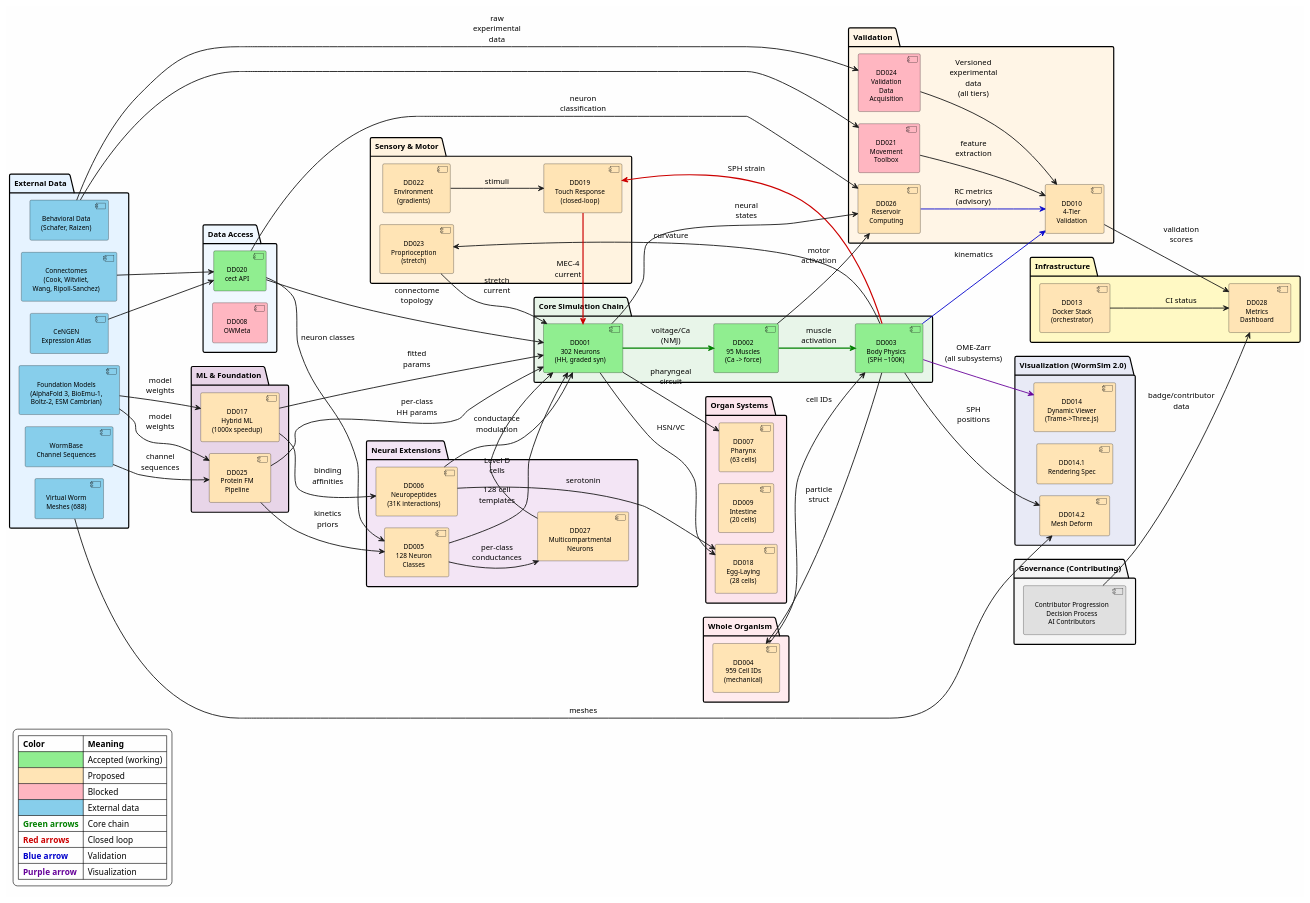
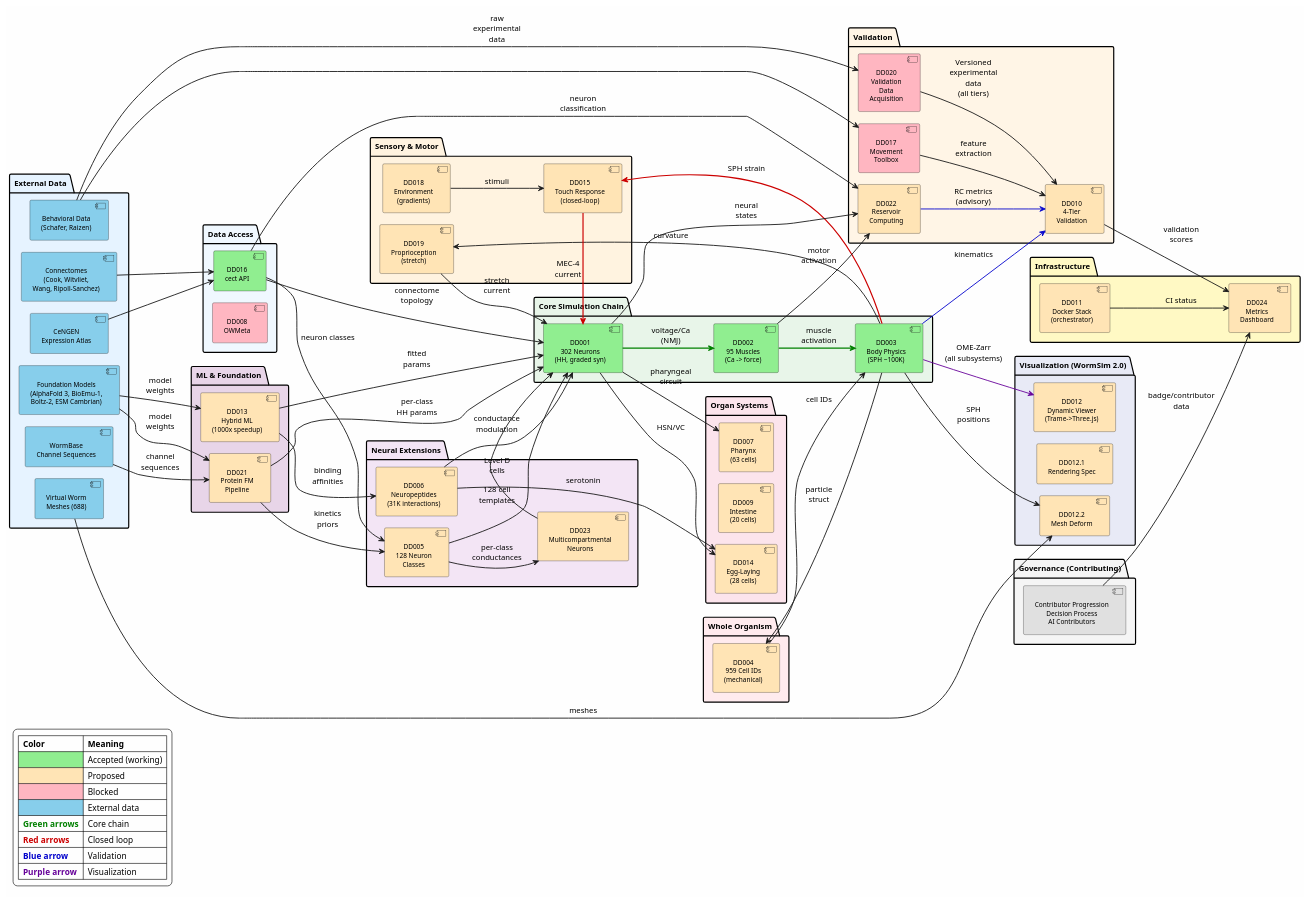
The diagram in docs/design_documents/INTEGRATION_MAP.md (openworm/openworm_docs), drawn with PlantUML before and after one commit. The commit also changed other lines of this file and 72 other files, not shown here.

```diff
--- a/docs/design_documents/INTEGRATION_MAP.md
+++ b/docs/design_documents/INTEGRATION_MAP.md
@@ -73,21 +73,21 @@
 
 ' === DATA ACCESS ===
 package "Data Access" as databox #F0F8FF {
-  component "DD020\ncect API" as DD020 #90EE90
+  component "DD016\ncect API" as DD016 #90EE90
   component "DD008\nOWMeta" as DD008 #FFB6C1
 }
 
 ' === ML & FOUNDATION (feeds into Neural Extensions and Core) ===
 package "ML & Foundation" as mlbox #E8D5E8 {
-  component "DD025\nProtein FM\nPipeline" as DD025 #FFE4B5
-  component "DD017\nHybrid ML\n(1000x speedup)" as DD017 #FFE4B5
+  component "DD021\nProtein FM\nPipeline" as DD021 #FFE4B5
+  component "DD013\nHybrid ML\n(1000x speedup)" as DD013 #FFE4B5
 }
 
 ' === NEURAL EXTENSIONS (feeds into Core) ===
 package "Neural Extensions" as neurext #F3E5F5 {
   component "DD005\n128 Neuron\nClasses" as DD005 #FFE4B5
   component "DD006\nNeuropeptides\n(31K interactions)" as DD006 #FFE4B5
-  component "DD027\nMulticompartmental\nNeurons" as DD027 #FFE4B5
+  component "DD023\nMulticompartmental\nNeurons" as DD023 #FFE4B5
 }
 
 ' === CORE CHAIN (the spine) ===
@@ -99,16 +99,16 @@
 
 ' === SENSORY & MOTOR ===
 package "Sensory & Motor" as sensory #FFF3E0 {
-  component "DD019\nTouch Response\n(closed-loop)" as DD019 #FFE4B5
-  component "DD022\nEnvironment\n(gradients)" as DD022 #FFE4B5
-  component "DD023\nProprioception\n(stretch)" as DD023 #FFE4B5
+  component "DD015\nTouch Response\n(closed-loop)" as DD015 #FFE4B5
+  component "DD018\nEnvironment\n(gradients)" as DD018 #FFE4B5
+  component "DD019\nProprioception\n(stretch)" as DD019 #FFE4B5
 }
 
 ' === ORGANS ===
 package "Organ Systems" as organs #FCE4EC {
   component "DD007\nPharynx\n(63 cells)" as DD007 #FFE4B5
   component "DD009\nIntestine\n(20 cells)" as DD009 #FFE4B5
-  component "DD018\nEgg-Laying\n(28 cells)" as DD018 #FFE4B5
+  component "DD014\nEgg-Laying\n(28 cells)" as DD014 #FFE4B5
 }
 
 ' === WHOLE-ORGANISM CELL IDENTITY ===
@@ -119,22 +119,22 @@
 ' === VALIDATION ===
 package "Validation" as valbox #FFF5E6 {
   component "DD010\n4-Tier\nValidation" as DD010 #FFE4B5
-  component "DD021\nMovement\nToolbox" as DD021 #FFB6C1
-  component "DD024\nValidation\nData\nAcquisition" as DD024 #FFB6C1
-  component "DD026\nReservoir\nComputing" as DD026 #FFE4B5
+  component "DD017\nMovement\nToolbox" as DD017 #FFB6C1
+  component "DD020\nValidation\nData\nAcquisition" as DD020 #FFB6C1
+  component "DD022\nReservoir\nComputing" as DD022 #FFE4B5
 }
 
 ' === VISUALIZATION ===
 package "Visualization (WormSim 2.0)" as visbox #E8EAF6 {
-  component "DD014\nDynamic Viewer\n(Trame->Three.js)" as DD014 #FFE4B5
-  component "DD014.1\nRendering Spec" as DD0141 #FFE4B5
-  component "DD014.2\nMesh Deform" as DD0142 #FFE4B5
+  component "DD012\nDynamic Viewer\n(Trame->Three.js)" as DD012 #FFE4B5
+  component "DD012.1\nRendering Spec" as DD0121 #FFE4B5
+  component "DD012.2\nMesh Deform" as DD0122 #FFE4B5
 }
 
 ' === INFRASTRUCTURE ===
 package "Infrastructure" as infra #FFF9C4 {
-  component "DD013\nDocker Stack\n(orchestrator)" as DD013 #FFE4B5
-  component "DD028\nMetrics\nDashboard" as DD028 #FFE4B5
+  component "DD011\nDocker Stack\n(orchestrator)" as DD011 #FFE4B5
+  component "DD024\nMetrics\nDashboard" as DD024 #FFE4B5
 }
 
 ' === GOVERNANCE (Contributing section) ===
@@ -145,51 +145,51 @@
 ' === EDGES ===
 
 ' External -> Data Access
-ext_conn --> DD020
-ext_cen --> DD020
-ext_beh --> DD024 : raw\nexperimental\ndata
-ext_beh --> DD021
+ext_conn --> DD016
+ext_cen --> DD016
+ext_beh --> DD020 : raw\nexperimental\ndata
+ext_beh --> DD017
 
 ' External -> ML & Foundation
-ext_bio --> DD025 : model\nweights
-ext_bio --> DD017 : model\nweights
-ext_wb --> DD025 : channel\nsequences
+ext_bio --> DD021 : model\nweights
+ext_bio --> DD013 : model\nweights
+ext_wb --> DD021 : channel\nsequences
 
 ' Data Access -> Core / Neural Extensions
-DD020 --> DD001 : connectome\ntopology
-DD020 --> DD005 : neuron classes
+DD016 --> DD001 : connectome\ntopology
+DD016 --> DD005 : neuron classes
 
 ' ML -> Neural Extensions / Core (FORWARD in this layout)
-DD025 --> DD005 : kinetics\npriors
-DD025 --> DD001 : per-class\nHH params
-DD017 --> DD001 : fitted\nparams
-DD017 --> DD006 : binding\naffinities
+DD021 --> DD005 : kinetics\npriors
+DD021 --> DD001 : per-class\nHH params
+DD013 --> DD001 : fitted\nparams
+DD013 --> DD006 : binding\naffinities
 
 ' Neural Extensions -> Core (FORWARD in this layout)
 DD005 --> DD001 : 128 cell\ntemplates
 DD006 --> DD001 : conductance\nmodulation
 
-' DD027 Multicompartmental (refines DD001 neurons)
-DD005 --> DD027 : per-class\nconductances
-DD027 --> DD001 : Level D\ncells
+' DD023 Multicompartmental (refines DD001 neurons)
+DD005 --> DD023 : per-class\nconductances
+DD023 --> DD001 : Level D\ncells
 
 ' Core chain (THE SPINE)
 DD001 -[#008000,bold]-> DD002 : voltage/Ca\n(NMJ)
 DD002 -[#008000,bold]-> DD003 : muscle\nactivation
 
 ' Core -> Sensory & Motor
-DD003 -[#CC0000,bold]-> DD019 : SPH strain
-DD022 --> DD019 : stimuli
-DD003 --> DD023 : curvature
+DD003 -[#CC0000,bold]-> DD015 : SPH strain
+DD018 --> DD015 : stimuli
+DD003 --> DD019 : curvature
 
 ' Sensory feedback -> Core (BACKWARD — only 2 remaining)
-DD019 -[#CC0000,bold]-> DD001 : MEC-4\ncurrent
-DD023 --> DD001 : stretch\ncurrent
+DD015 -[#CC0000,bold]-> DD001 : MEC-4\ncurrent
+DD019 --> DD001 : stretch\ncurrent
 
 ' Core -> Organs
 DD001 --> DD007 : pharyngeal\ncircuit
-DD001 --> DD018 : HSN/VC
-DD006 --> DD018 : serotonin
+DD001 --> DD014 : HSN/VC
+DD006 --> DD014 : serotonin
 
 ' Whole organism
 DD003 --> DD004 : particle\nstruct
@@ -197,27 +197,27 @@
 
 ' Core -> Validation
 DD003 -[#0000CC]-> DD010 : kinematics
-DD021 --> DD010 : feature\nextraction
-DD024 --> DD010 : "Versioned\nexperimental\ndata\n(all tiers)"
+DD017 --> DD010 : feature\nextraction
+DD020 --> DD010 : "Versioned\nexperimental\ndata\n(all tiers)"
 
 ' Core -> Visualization
-DD003 -[#660099]-> DD014 : OME-Zarr\n(all subsystems)
-ext_vw --> DD0142 : meshes
-DD003 --> DD0142 : SPH\npositions
+DD003 -[#660099]-> DD012 : OME-Zarr\n(all subsystems)
+ext_vw --> DD0122 : meshes
+DD003 --> DD0122 : SPH\npositions
 
 ' RC Validation
-DD001 --> DD026 : neural\nstates
-DD002 --> DD026 : motor\nactivation
-DD020 --> DD026 : neuron\nclassification
-DD026 -[#0000CC]-> DD010 : RC metrics\n(advisory)
+DD001 --> DD022 : neural\nstates
+DD002 --> DD022 : motor\nactivation
+DD016 --> DD022 : neuron\nclassification
+DD022 -[#0000CC]-> DD010 : RC metrics\n(advisory)
 
 ' Dashboard (read-only consumer)
-DD013 --> DD028 : CI status
-DD010 --> DD028 : validation\nscores
-GOV --> DD028 : badge/contributor\ndata
+DD011 --> DD024 : CI status
+DD010 --> DD024 : validation\nscores
+GOV --> DD024 : badge/contributor\ndata
 
 ' Hidden edge for layout: position Infrastructure near right side
-DD003 -[hidden]-> DD013
+DD003 -[hidden]-> DD011
 
 legend bottom left
   |= Color |= Meaning |
```
